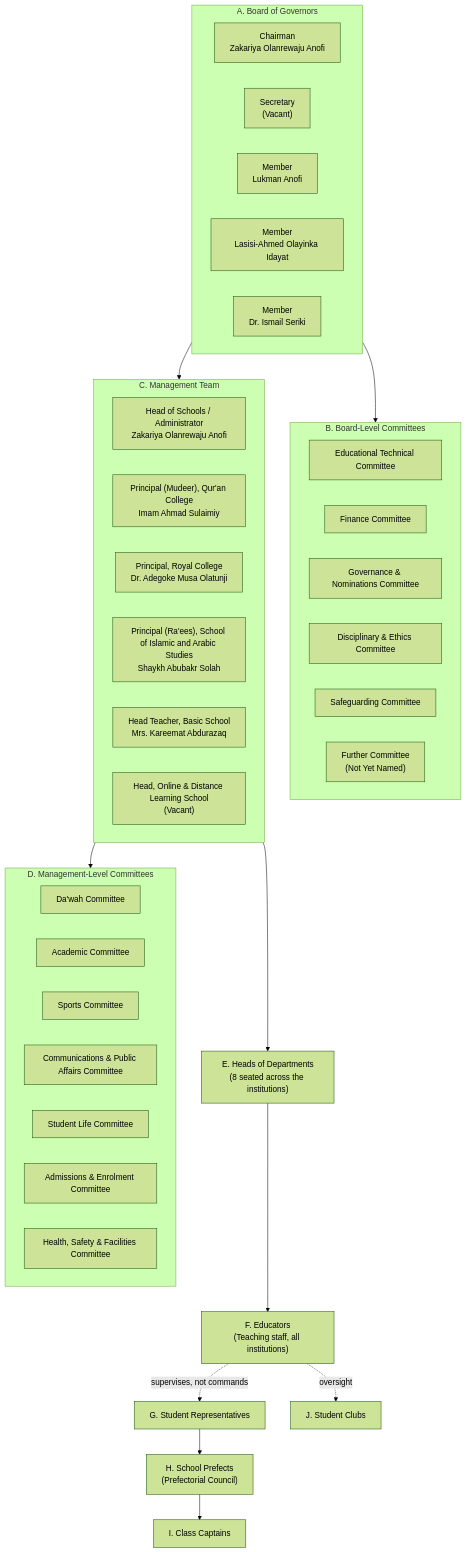
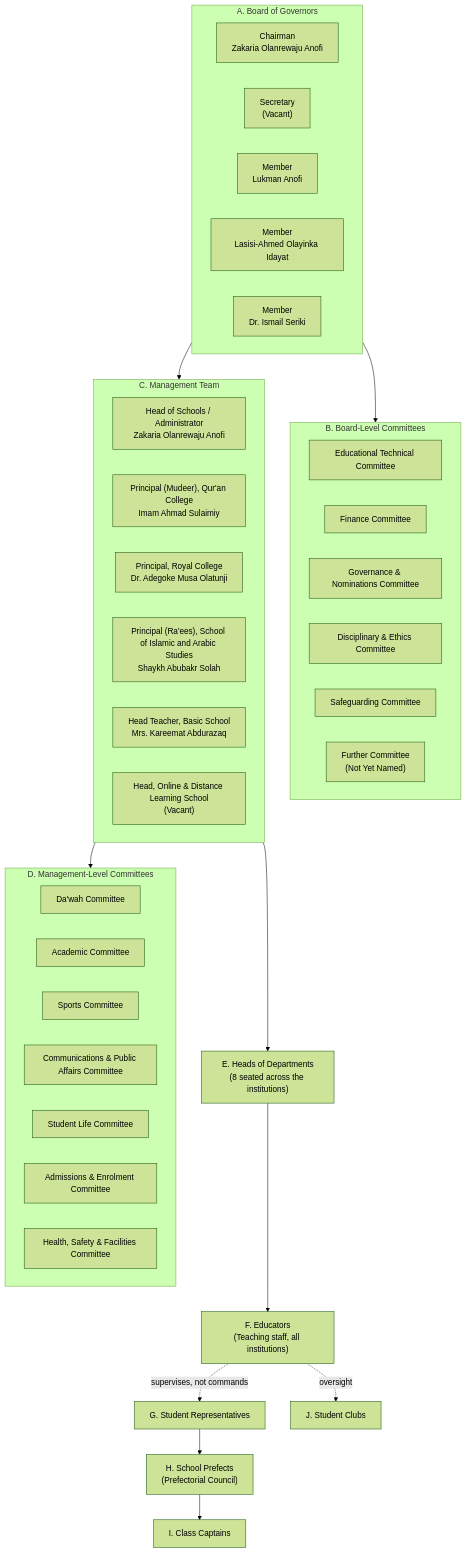
The first of 4 diagrams in docs/organisational-structure-manual.md (ahmadsulaimiy1/Sultan-), drawn with Mermaid (forest theme) before and after one commit. The commit also changed other lines of this file and 184 other files, not shown here.

````diff
--- a/docs/organisational-structure-manual.md
+++ b/docs/organisational-structure-manual.md
@@ -64,55 +64,55 @@
 ```mermaid
 flowchart TD
   subgraph A["A. Board of Governors"]
-    A_Chair["Chairman<br/>Zakariya Olanrewaju Anofi"]
+    A_Chair["Chairman<br/>Zakaria Olanrewaju Anofi"]
     A_Sec["Secretary<br/>(Vacant)"]
     A_M1["Member<br/>Lukman Anofi"]
     A_M2["Member<br/>Lasisi-Ahmed Olayinka Idayat"]
     A_M3["Member<br/>Dr. Ismail Seriki"]
   end
 
   subgraph B["B. Board-Level Committees"]
     B_ETC["Educational Technical Committee"]
     B_FC["Finance Committee"]
     B_GN["Governance & Nominations Committee"]
     B_DE["Disciplinary & Ethics Committee"]
     B_SG["Safeguarding Committee"]
     B_TBD["Further Committee<br/>(Not Yet Named)"]
   end
 
   subgraph C["C. Management Team"]
-    C_HoS["Head of Schools / Administrator<br/>Zakariya Olanrewaju Anofi"]
+    C_HoS["Head of Schools / Administrator<br/>Zakaria Olanrewaju Anofi"]
     C_P1["Principal (Mudeer), Qur'an College<br/>Imam Ahmad Sulaimiy"]
     C_P2["Principal, Royal College<br/>Dr. Adegoke Musa Olatunji"]
     C_P3["Principal (Ra'ees), School of Islamic and Arabic Studies<br/>Shaykh Abubakr Solah"]
     C_HT["Head Teacher, Basic School<br/>Mrs. Kareemat Abdurazaq"]
     C_P5["Head, Online &amp; Distance Learning School<br/>(Vacant)"]
   end
 
   subgraph D["D. Management-Level Committees"]
     D_DW["Da'wah Committee"]
     D_AC["Academic Committee"]
     D_SP["Sports Committee"]
     D_CPA["Communications & Public Affairs Committee"]
     D_SL["Student Life Committee"]
     D_AE["Admissions & Enrolment Committee"]
     D_HSF["Health, Safety & Facilities Committee"]
   end
 
   E["E. Heads of Departments<br/>(8 seated across the institutions)"]
   F["F. Educators<br/>(Teaching staff, all institutions)"]
   G["G. Student Representatives"]
   H["H. School Prefects<br/>(Prefectorial Council)"]
   I["I. Class Captains"]
   J["J. Student Clubs"]
 
   A --> B
   A --> C
   C --> D
   C --> E
   E --> F
   F -.supervises, not commands.-> G
   G --> H
   H --> I
   F -.oversight.-> J
 ```
````
